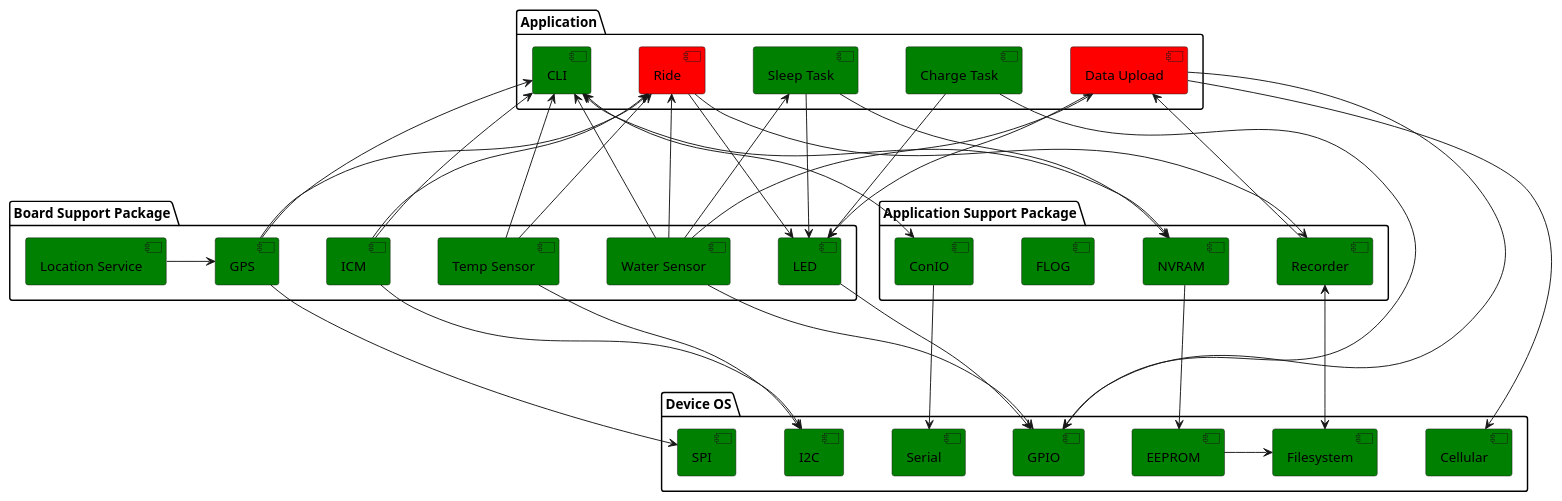
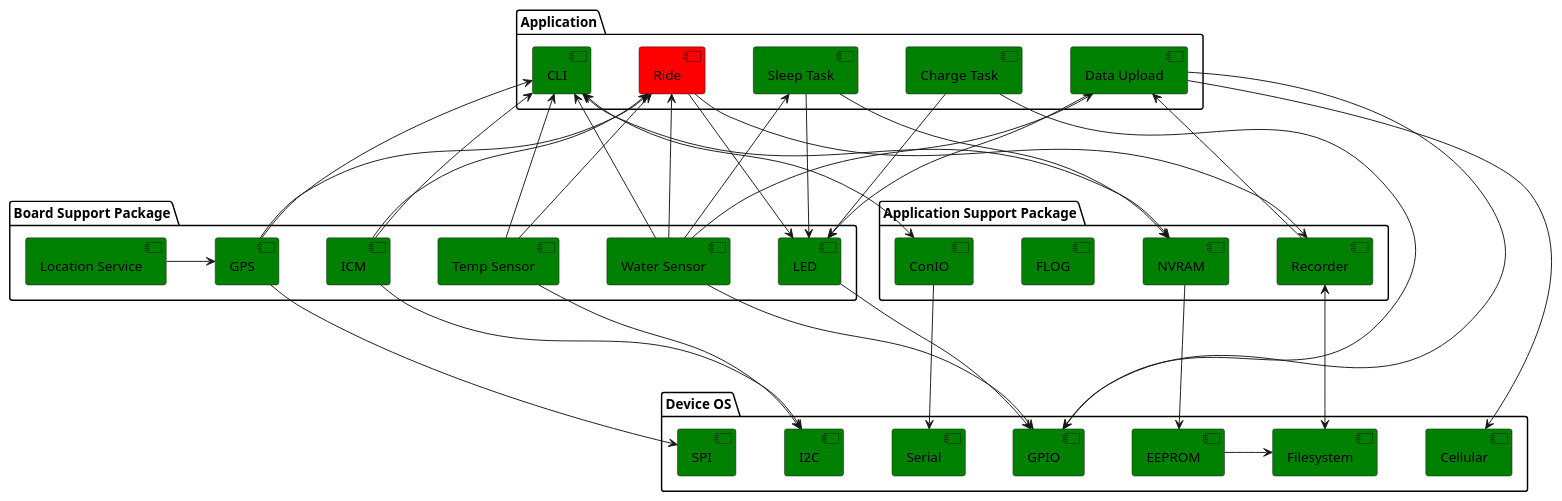
Before and after one commit to UCSD-E4E/smartfin-fw3: the diagram in docs/application.puml, drawn with PlantUML.

Commit message:
docs: Updates data upload status

```diff
--- a/docs/application.puml
+++ b/docs/application.puml
@@ -4,87 +4,87 @@
 @startuml Service Diagram
 top to bottom direction
 
 skinparam nodesep 50
 skinparam ranksep 150
 
 package "Device OS" {
     [Cellular] as cellular #Green
     [I2C] as i2c #Green
     [Serial] as serial #Green
     [Filesystem] as fs #Green
     [SPI] as spi #Green
     [GPIO] as gpio #Green
     [EEPROM] as eeprom #Green
 }
 
 
 package "Application" {
     [CLI] as cli #Green
     [Ride] as ride #Red
     [Charge Task] as charge_task #Green
     [Sleep Task] as sleep_task #Green
-    [Data Upload] as upload #Red
+    [Data Upload] as upload #Green
 }
 
 package "Board Support Package" {
     [Temp Sensor] as temp_sensor #Green
     [Water Sensor] as water_sensor #Green
     [Location Service] as loc_service #Green
     [GPS] as gps #Green
     [LED] as led #Green
     [ICM] as icm #Green
 }
 
 package "Application Support Package" {
     [ConIO] as conio #Green
     [Recorder] as recorder #Green
     [FLOG] as flog #Green
     [NVRAM] as nvram #Green
 }
 
 ride <-- temp_sensor
 ride <-- gps
 ride <-- icm
 ride --> recorder
 ' ride -r-> flog
 ride <-- water_sensor
 loc_service -r-> gps
 charge_task --> led
 ' charge_task -r-> flog
 sleep_task --> led
 sleep_task --> nvram
 ' sleep_task -r-> flog
 
 cli <-- gps
 cli <-- temp_sensor
 cli <--> conio
 ' cli -r-> flog
 cli <-- icm
 cli <--> nvram
 cli <-- water_sensor
 
 gps --> spi
 icm --> i2c
 temp_sensor --> i2c
 conio --> serial
 recorder <--> fs
 
 water_sensor --> gpio
 led --> gpio
 ride --> led
 nvram --> eeprom
 eeprom -> fs
 upload <-- recorder
 upload --> cellular
 upload <-- water_sensor
 upload --> led
 charge_task --> gpio
 upload --> gpio
 sleep_task <-- water_sensor
 ' recorder -u-> flog
 ' conio -u-> flog
 ' gps -u-> flog
 ' icm -u-> flog
 ' water_sensor -u-> flog
 ' temp_sensor -u-> flog
 @enduml
```
